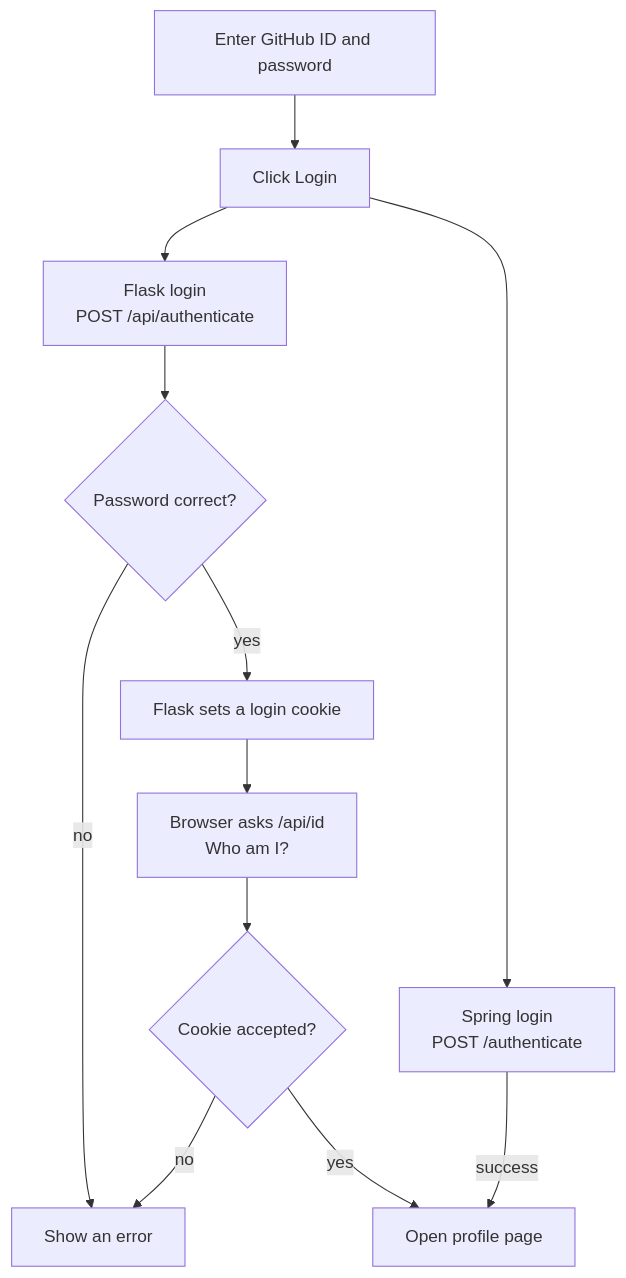
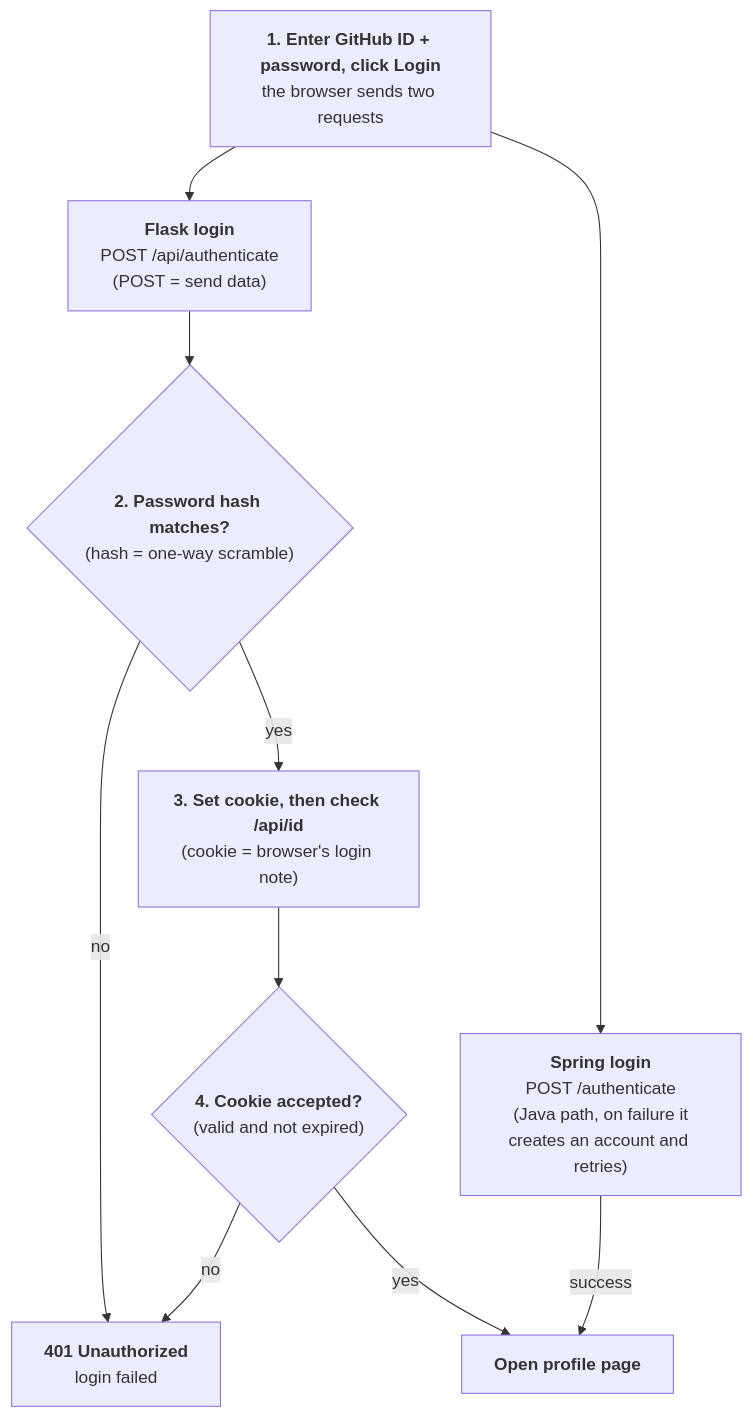
The second of 4 diagrams in _posts/2026-10-26-how-our-systems-work.md (CompSciWizards/rotary-frontend), drawn with Mermaid before and after one commit. The commit also changed other lines of this file, not shown here.

````diff
--- a/_posts/2026-10-26-how-our-systems-work.md
+++ b/_posts/2026-10-26-how-our-systems-work.md
@@ -70,14 +77,12 @@
 ```mermaid
 flowchart TD
-    A["Enter GitHub ID and password"] --> B["Click Login"]
-    B --> C["Flask login<br/>POST /api/authenticate"]
-    B --> D["Spring login<br/>POST /authenticate"]
-    C --> E{"Password correct?"}
-    E -- "no" --> X["Show an error"]
-    E -- "yes" --> F["Flask sets a login cookie"]
-    F --> G["Browser asks /api/id<br/>Who am I?"]
-    G --> H{"Cookie accepted?"}
-    H -- "yes" --> Y["Open profile page"]
+    A["<b>1. Enter GitHub ID + password, click Login</b><br/>the browser sends two requests"] --> C["<b>Flask login</b><br/>POST /api/authenticate<br/>(POST = send data)"]
+    A --> D["<b>Spring login</b><br/>POST /authenticate<br/>(Java path, on failure it<br/>creates an account and retries)"]
+    C --> E{"<b>2. Password hash matches?</b><br/>(hash = one-way scramble)"}
+    E -- "no" --> X["<b>401 Unauthorized</b><br/>login failed"]
+    E -- "yes" --> F["<b>3. Set cookie, then check /api/id</b><br/>(cookie = browser's login note)"]
+    F --> H{"<b>4. Cookie accepted?</b><br/>(valid and not expired)"}
+    H -- "yes" --> Y["<b>Open profile page</b>"]
     H -- "no" --> X
-    D -->|"success"| Y
+    D -- "success" --> Y
 ```
````
